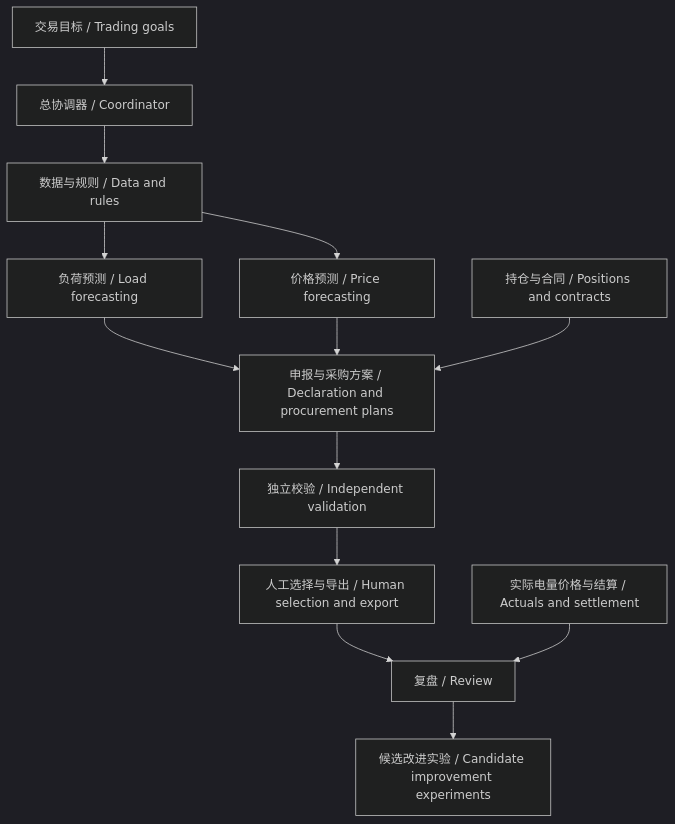
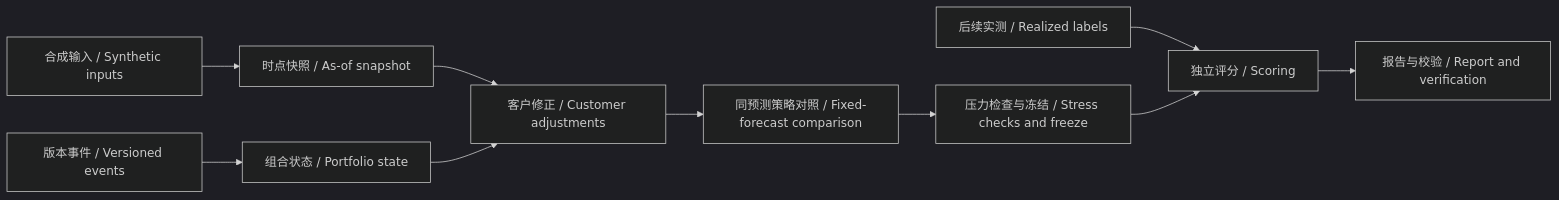
Before and after one commit to MultiplyTen/power-trading-agent: the diagram in README.md, drawn with Mermaid (dark theme). The commit also changed other lines of this file and 33 other files, not shown here.

Commit message:
Build v1.1 local trading research runtime with replay and independent acceptance

````diff
--- a/README.md
+++ b/README.md
@@ -23,15 +54,12 @@
 ```mermaid
-flowchart TD
-    U[交易目标 / Trading goals] --> C[总协调器 / Coordinator]
-    C --> D[数据与规则 / Data and rules]
-    D --> L[负荷预测 / Load forecasting]
-    D --> P[价格预测 / Price forecasting]
-    L --> S[申报与采购方案 / Declaration and procurement plans]
-    P --> S
-    H[持仓与合同 / Positions and contracts] --> S
-    S --> V[独立校验 / Independent validation]
-    V --> A[人工选择与导出 / Human selection and export]
-    A --> R[复盘 / Review]
-    X[实际电量价格与结算 / Actuals and settlement] --> R
-    R --> E[候选改进实验 / Candidate improvement experiments]
+flowchart LR
+    I[合成输入 / Synthetic inputs] --> S[时点快照 / As-of snapshot]
+    E[版本事件 / Versioned events] --> P[组合状态 / Portfolio state]
+    S --> F[客户修正 / Customer adjustments]
+    P --> F
+    F --> C[同预测策略对照 / Fixed-forecast comparison]
+    C --> R[压力检查与冻结 / Stress checks and freeze]
+    A[后续实测 / Realized labels] --> V[独立评分 / Scoring]
+    R --> V
+    V --> O[报告与校验 / Report and verification]
 ```
````
